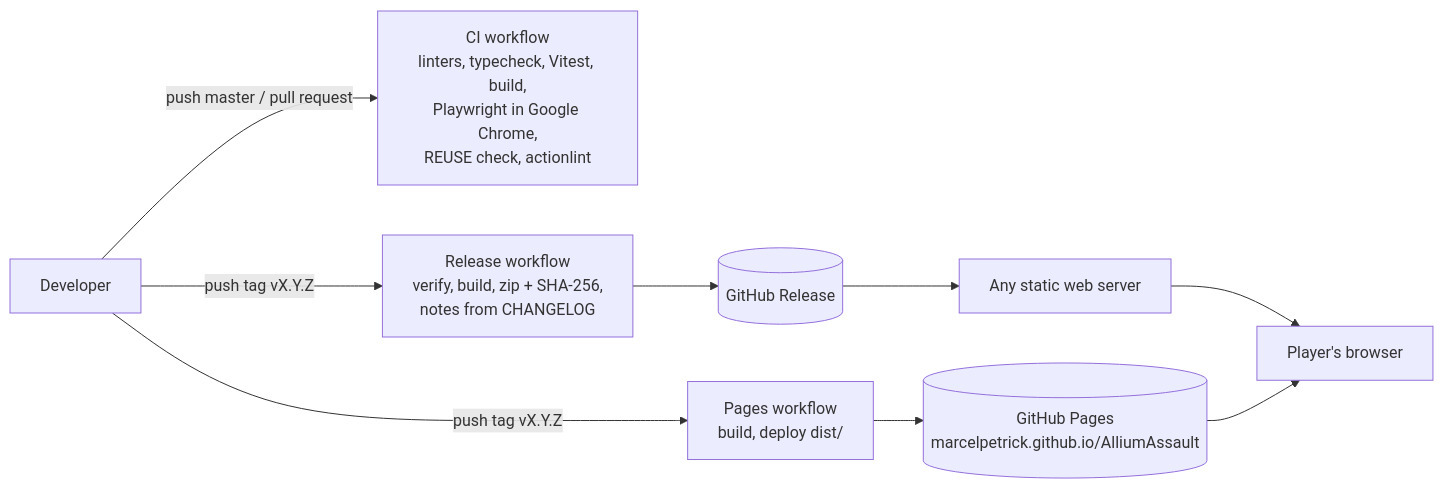
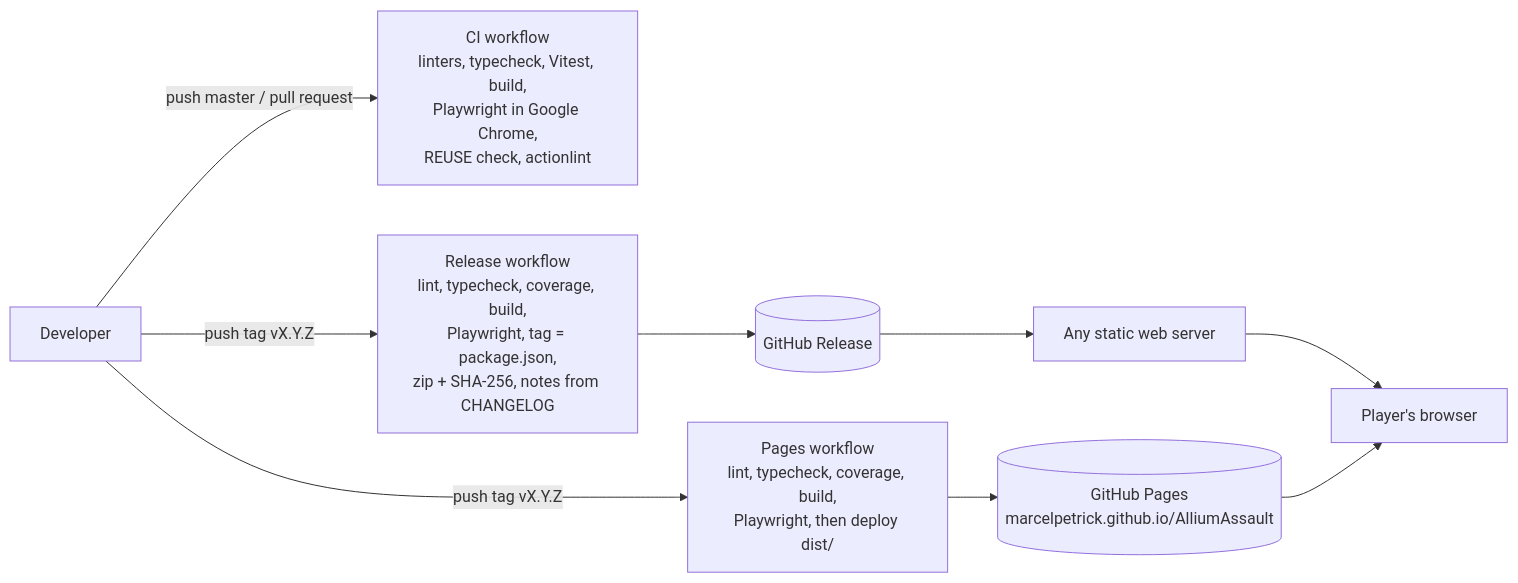
One commit to marcelpetrick/AlliumAssault changed the ninth of 9 diagrams in docs/ARCHITECTURE.md. Above: the diagram before and after it, drawn with Mermaid. The commit also changed other lines of this file and 3 other files, not shown here.

First line of the commit message:
docs: bring the C4 architecture back in step with the code

````diff
--- a/docs/ARCHITECTURE.md
+++ b/docs/ARCHITECTURE.md
@@ -277,11 +340,11 @@
 ```mermaid
 flowchart LR
   dev["Developer"] -- "push master / pull request" --> ci["CI workflow<br/>linters, typecheck, Vitest, build,<br/>Playwright in Google Chrome,<br/>REUSE check, actionlint"]
-  dev -- "push tag vX.Y.Z" --> rel["Release workflow<br/>verify, build, zip + SHA-256,<br/>notes from CHANGELOG"]
-  dev -- "push tag vX.Y.Z" --> pages["Pages workflow<br/>build, deploy dist/"]
+  dev -- "push tag vX.Y.Z" --> rel["Release workflow<br/>lint, typecheck, coverage, build,<br/>Playwright, tag = package.json,<br/>zip + SHA-256, notes from CHANGELOG"]
+  dev -- "push tag vX.Y.Z" --> pages["Pages workflow<br/>lint, typecheck, coverage, build,<br/>Playwright, then deploy dist/"]
   pages --> site[("GitHub Pages<br/>marcelpetrick.github.io/AlliumAssault")]
   rel --> release[("GitHub Release")]
   release --> host["Any static web server"]
   host --> browser["Player's browser"]
   site --> browser
 ```
````
